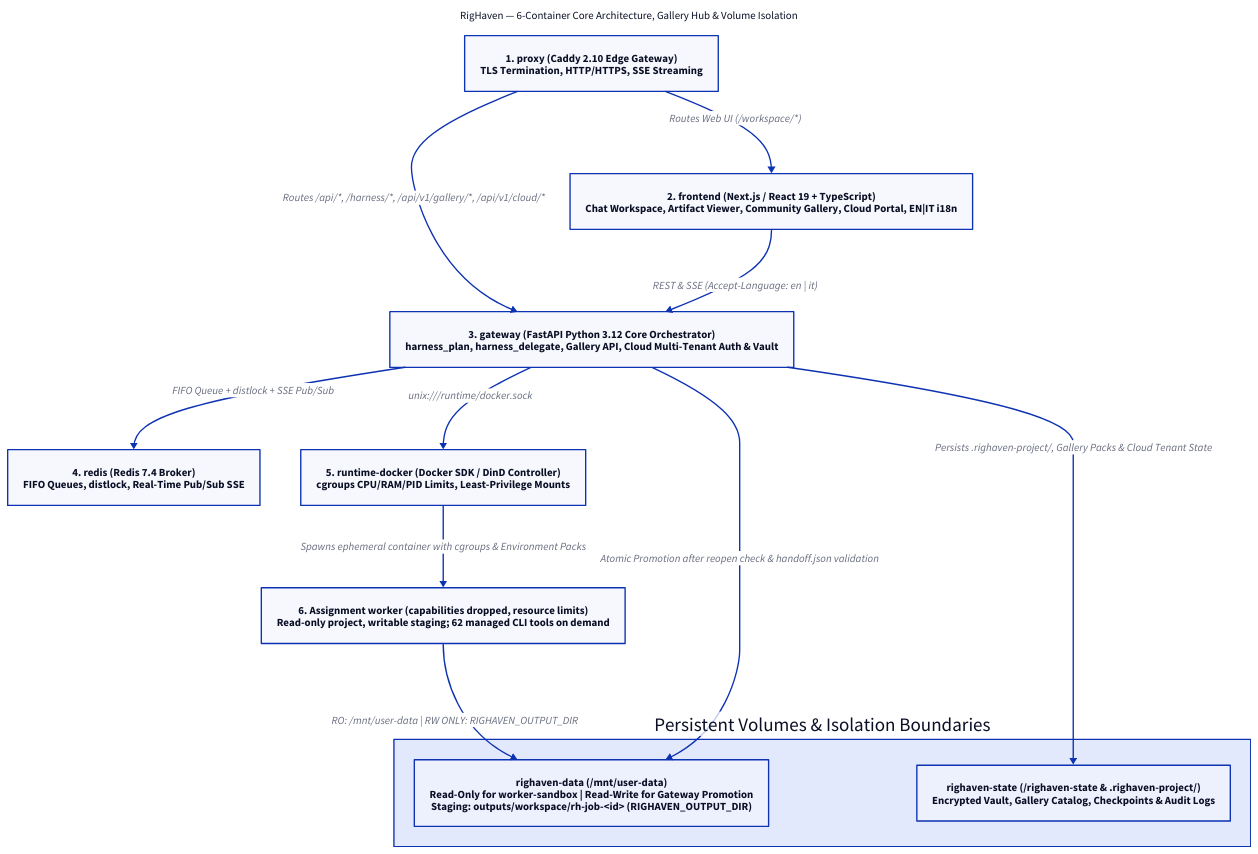
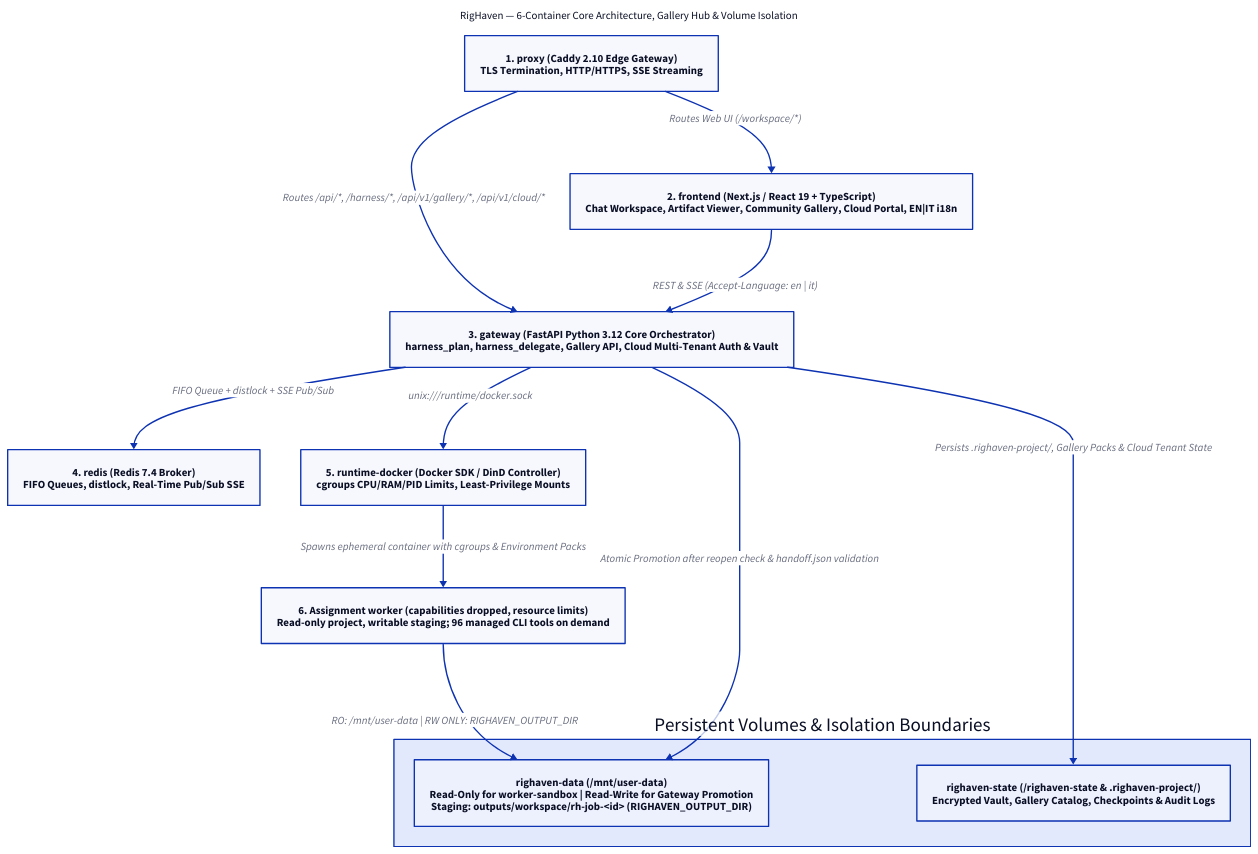
The diagram in docs/c4/righaven_containers.d2 (ggmm82/righaven), drawn with D2 before and after one commit. The commit also changed 173 other files, not shown here.

```diff
--- a/docs/c4/righaven_containers.d2
+++ b/docs/c4/righaven_containers.d2
@@ -1,29 +1,29 @@
 direction: down
 
 title: {
   label: "RigHaven — 6-Container Core Architecture, Gallery Hub & Volume Isolation"
   near: top-center
   shape: text
 }
 
 proxy: "1. proxy (Caddy 2.10 Edge Gateway)\nTLS Termination, HTTP/HTTPS, SSE Streaming"
 frontend: "2. frontend (Next.js / React 19 + TypeScript)\nChat Workspace, Artifact Viewer, Community Gallery, Cloud Portal, EN|IT i18n"
 gateway: "3. gateway (FastAPI Python 3.12 Core Orchestrator)\nharness_plan, harness_delegate, Gallery API, Cloud Multi-Tenant Auth & Vault"
 redis: "4. redis (Redis 7.4 Broker)\nFIFO Queues, distlock, Real-Time Pub/Sub SSE"
 runtime_docker: "5. runtime-docker (Docker SDK / DinD Controller)\ncgroups CPU/RAM/PID Limits, Least-Privilege Mounts"
-worker_sandbox: "6. Assignment worker (capabilities dropped, resource limits)\nRead-only project, writable staging; 62 managed CLI tools on demand"
+worker_sandbox: "6. Assignment worker (capabilities dropped, resource limits)\nRead-only project, writable staging; 96 managed CLI tools on demand"
 
 volumes: "Persistent Volumes & Isolation Boundaries" {
   righaven_data: "righaven-data (/mnt/user-data)\nRead-Only for worker-sandbox | Read-Write for Gateway Promotion\nStaging: outputs/workspace/rh-job-<id> (RIGHAVEN_OUTPUT_DIR)"
   righaven_state: "righaven-state (/righaven-state & .righaven-project/)\nEncrypted Vault, Gallery Catalog, Checkpoints & Audit Logs"
 }
 
 proxy -> frontend: "Routes Web UI (/workspace/*)"
 proxy -> gateway: "Routes /api/*, /harness/*, /api/v1/gallery/*, /api/v1/cloud/*"
 frontend -> gateway: "REST & SSE (Accept-Language: en | it)"
 gateway -> redis: "FIFO Queue + distlock + SSE Pub/Sub"
 gateway -> runtime_docker: "unix:///runtime/docker.sock"
 runtime_docker -> worker_sandbox: "Spawns ephemeral container with cgroups & Environment Packs"
 worker_sandbox -> volumes.righaven_data: "RO: /mnt/user-data | RW ONLY: RIGHAVEN_OUTPUT_DIR"
 gateway -> volumes.righaven_data: "Atomic Promotion after reopen check & handoff.json validation"
 gateway -> volumes.righaven_state: "Persists .righaven-project/, Gallery Packs & Cloud Tenant State"
```
